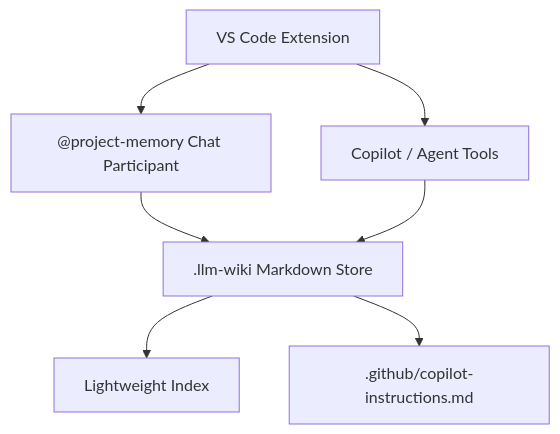
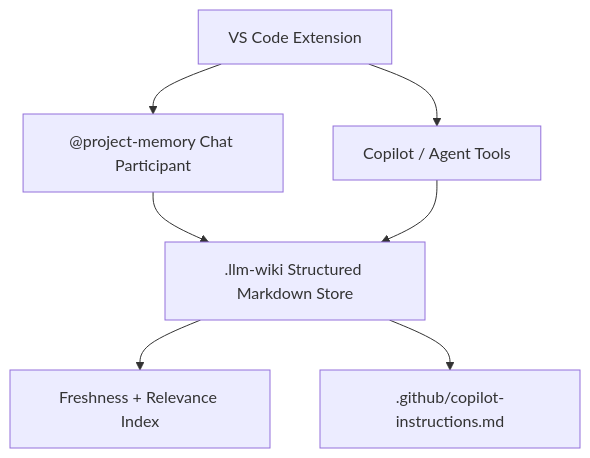
One commit to CambridgeMonorail/dixie-flatline changed the diagram in README.md. Above: the diagram before and after it, drawn with Mermaid. The commit also changed other lines of this file and 23 other files, not shown here.

````diff
--- a/README.md
+++ b/README.md
@@ -7,16 +7,16 @@
 ```mermaid
 flowchart TD
   Extension["VS Code Extension"]
   Chat["@project-memory Chat Participant"]
   Tools["Copilot / Agent Tools"]
-  Store[".llm-wiki Markdown Store"]
-  Index["Lightweight Index"]
+  Store[".llm-wiki Structured Markdown Store"]
+  Index["Freshness + Relevance Index"]
   Instructions[".github/copilot-instructions.md"]
 
   Extension --> Chat
   Extension --> Tools
   Chat --> Store
   Tools --> Store
   Store --> Index
   Store --> Instructions
 ```
````
